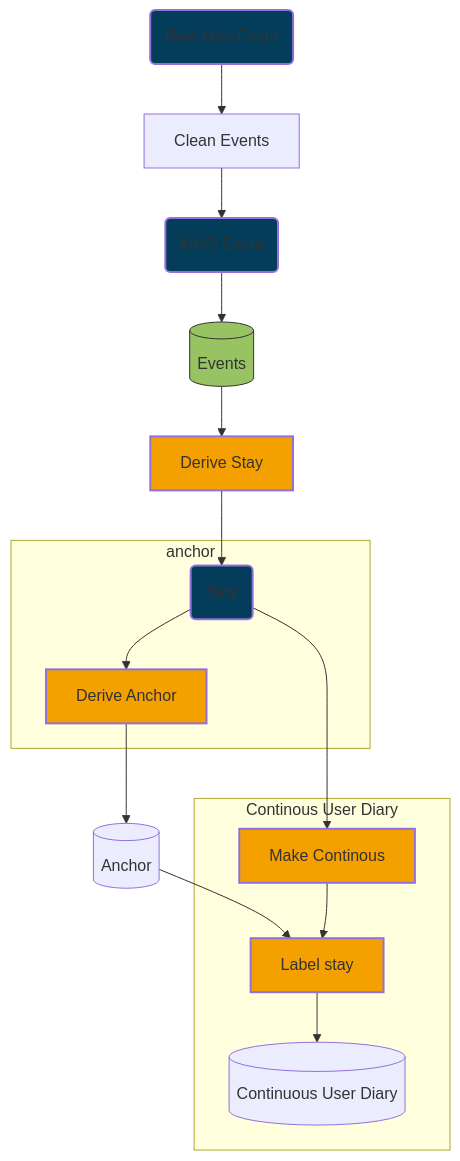
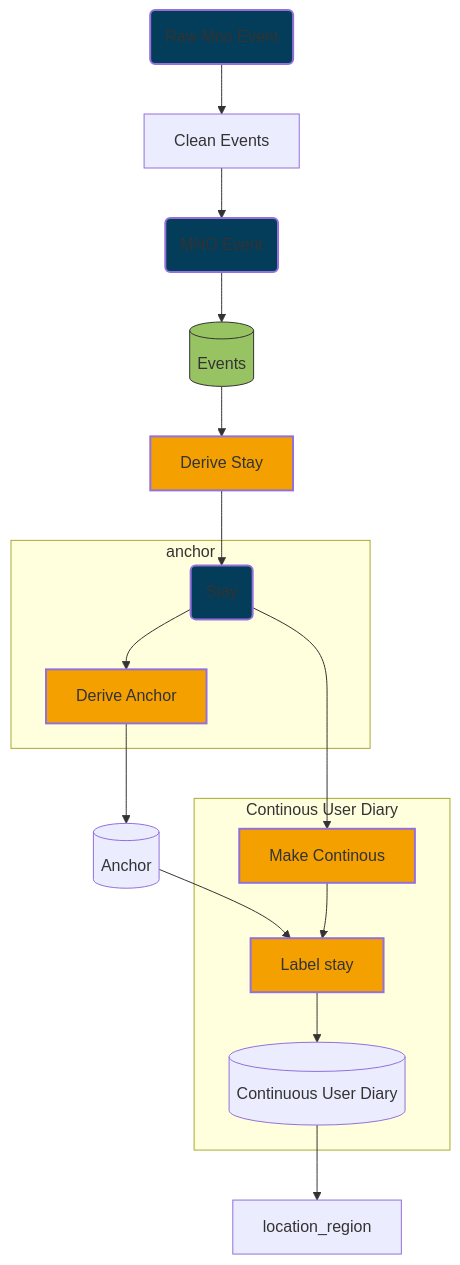
One commit to djvanderlaan/pipeline changed the diagram in overall.md. Above: the diagram before and after it, drawn with Mermaid.

Commit message:
overall.md

````diff
--- a/overall.md
+++ b/overall.md
@@ -26,37 +26,41 @@
 ```mermaid
 
 
 flowchart TD
 
 classDef data fill:#033d59,stroke-width:2px;
 classDef process fill:#f3a000,stroke-width:2px;
 classDef db fill:#98c363,stroke:#333333;
 
 rawevent("Raw Mno Event"):::data
 event:data("MNO Event"):::data
 stay("Stay"):::data
 event:db[("Events")]:::db
 anchor_db[("Anchor")]
 cud_db[("Continuous User Diary")]
 
 derive_stay["Derive Stay"]:::process
 derive_achor["Derive Anchor"]:::process
 make_cont["Make Continous"]:::process
 label["Label stay"]:::process
 
 rawevent --> CleanUp["Clean Events"] --> event:data
 event:data --> event:db
 event:db --> derive_stay --> stay
 
 subgraph anchor
 stay --> derive_achor
 end
 
 derive_achor --> anchor_db
 anchor_db --> label
 
 subgraph cud["Continous User Diary"]
 stay --> make_cont --> label
 label --> cud_db
-end 
+end
+
+cud_db --> location_region
+
+
 ```
````
